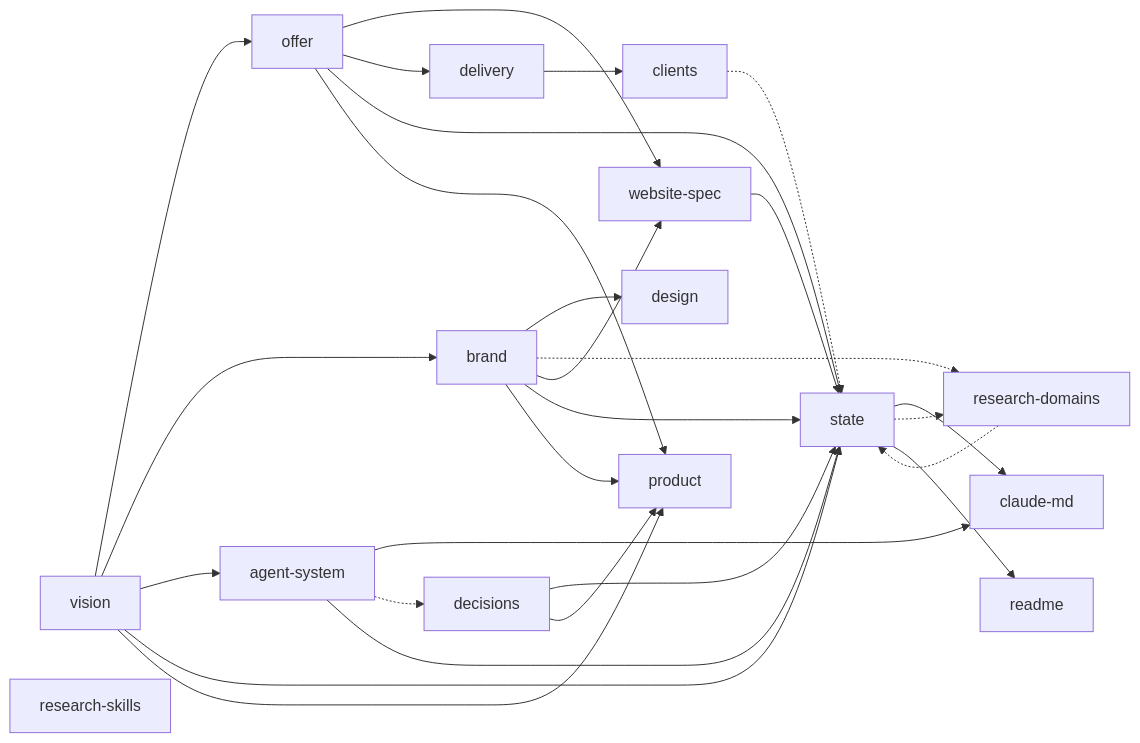
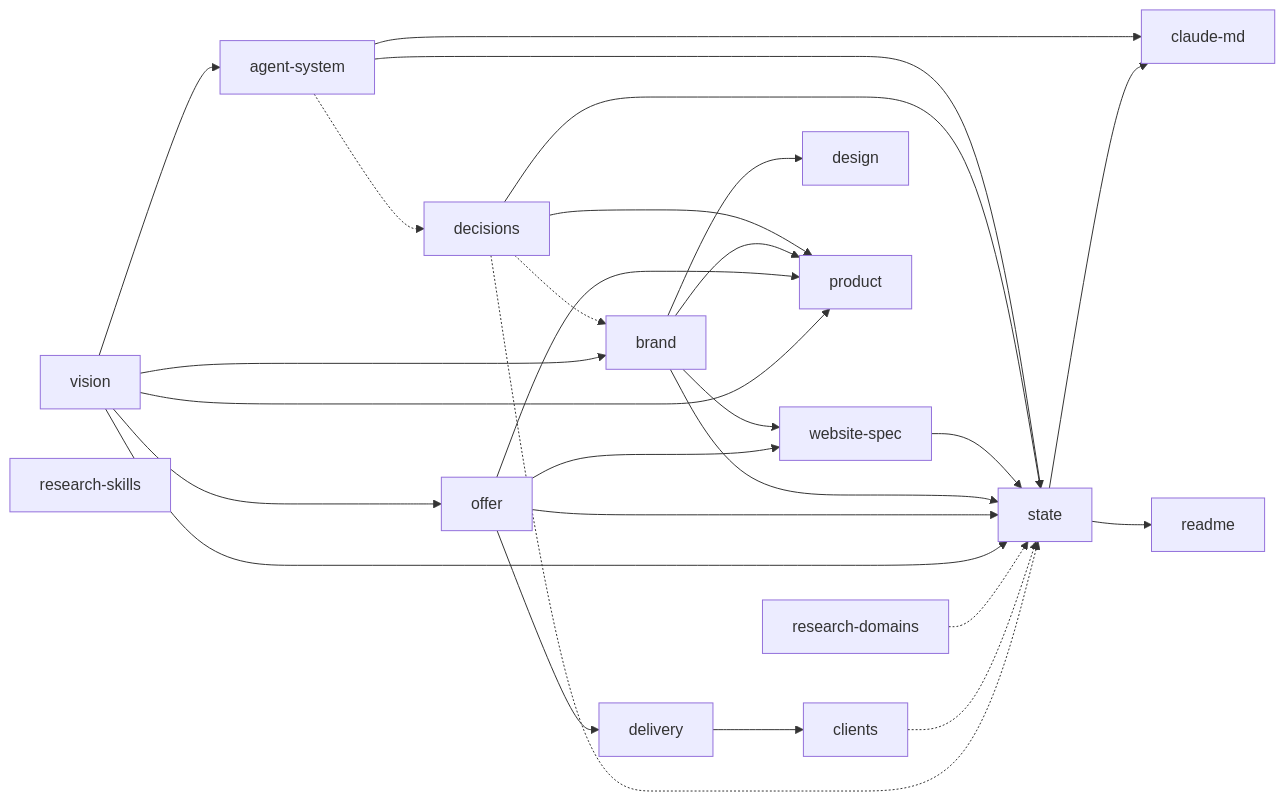
One commit to mann0122/nexbridge-it changed the diagram in docs/INDEX.md. Above: the diagram before and after it, drawn with Mermaid. The commit also changed other lines of this file and 5 other files, not shown here.

````diff
--- a/docs/INDEX.md
+++ b/docs/INDEX.md
@@ -17,45 +17,45 @@
 ```mermaid
 graph LR
   vision["vision"]
   offer["offer"]
   brand["brand"]
   website_spec["website-spec"]
   delivery["delivery"]
   decisions["decisions"]
   agent_system["agent-system"]
   clients["clients"]
   research_skills["research-skills"]
   research_domains["research-domains"]
   state["state"]
   claude_md["claude-md"]
   design["design"]
   product["product"]
   readme["readme"]
 
   state --> claude_md
   agent_system --> claude_md
   brand --> design
   vision --> offer
   vision --> brand
-  brand -.-> research_domains
   offer --> website_spec
   brand --> website_spec
   offer --> delivery
+  decisions -.-> state
+  decisions -.-> brand
   vision --> agent_system
   agent_system -.-> decisions
   delivery --> clients
   clients -.-> state
   research_domains -.-> state
   vision --> state
   offer --> state
   brand --> state
   website_spec --> state
   decisions --> state
   agent_system --> state
-  state -.-> research_domains
   vision --> product
   offer --> product
   brand --> product
   decisions --> product
   state --> readme
 ```
````
